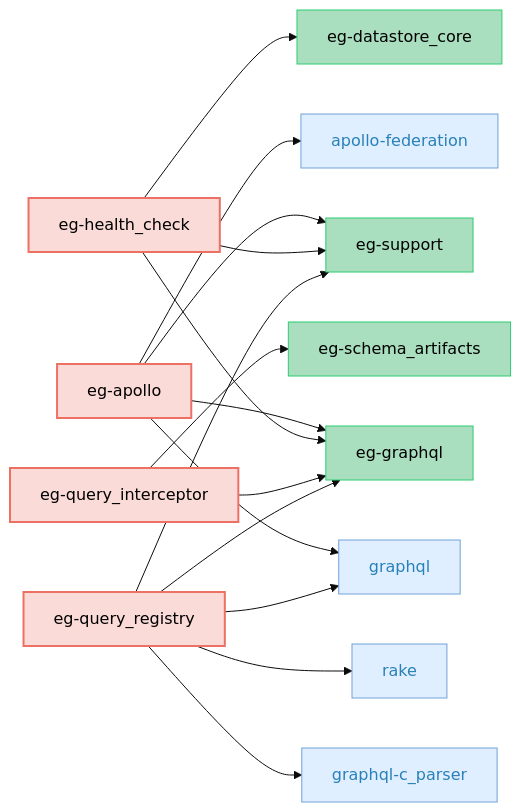
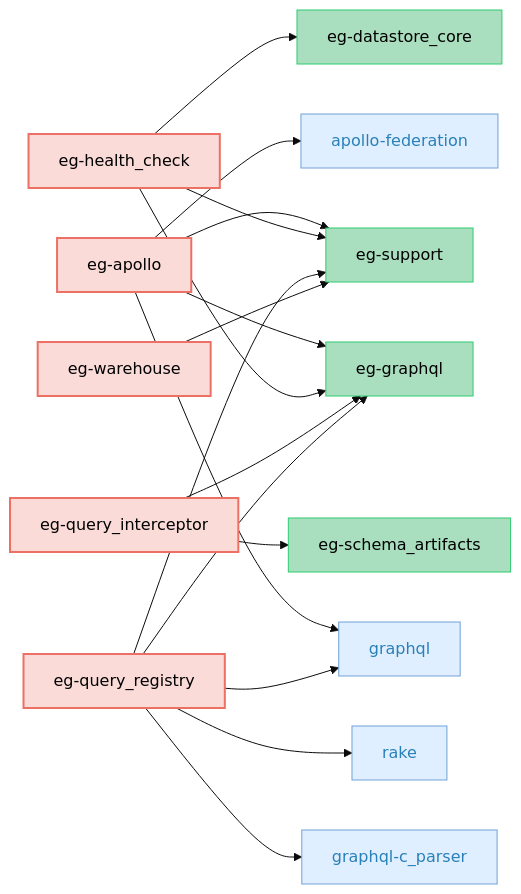
The fourth of 5 diagrams in CODEBASE_OVERVIEW.md (block/elasticgraph), drawn with Mermaid (base theme) before and after one commit. The commit also changed other lines of this file and 9 other files, not shown here.

Commit message:
create new empty gem for the warehouse.

````diff
--- a/CODEBASE_OVERVIEW.md
+++ b/CODEBASE_OVERVIEW.md
@@ -214,48 +215,51 @@
 ```mermaid
 graph LR;
     classDef targetGemStyle fill:#FADBD8,stroke:#EC7063,color:#000,stroke-width:2px;
     classDef otherEgGemStyle fill:#A9DFBF,stroke:#2ECC71,color:#000;
     classDef externalGemCatStyle fill:#E0EFFF,stroke:#70A1D7,color:#2980B9;
     elasticgraph-apollo["eg-apollo"];
     elasticgraph-graphql["eg-graphql"];
     elasticgraph-support["eg-support"];
     graphql["graphql"];
     apollo-federation["apollo-federation"];
     elasticgraph-health_check["eg-health_check"];
     elasticgraph-datastore_core["eg-datastore_core"];
     elasticgraph-query_interceptor["eg-query_interceptor"];
     elasticgraph-schema_artifacts["eg-schema_artifacts"];
     elasticgraph-query_registry["eg-query_registry"];
     graphql-c_parser["graphql-c_parser"];
     rake["rake"];
+    elasticgraph-warehouse["eg-warehouse"];
     elasticgraph-apollo --> elasticgraph-graphql;
     elasticgraph-apollo --> elasticgraph-support;
     elasticgraph-apollo --> graphql;
     elasticgraph-apollo --> apollo-federation;
     elasticgraph-health_check --> elasticgraph-datastore_core;
     elasticgraph-health_check --> elasticgraph-graphql;
     elasticgraph-health_check --> elasticgraph-support;
     elasticgraph-query_interceptor --> elasticgraph-graphql;
     elasticgraph-query_interceptor --> elasticgraph-schema_artifacts;
     elasticgraph-query_registry --> elasticgraph-graphql;
     elasticgraph-query_registry --> elasticgraph-support;
     elasticgraph-query_registry --> graphql;
     elasticgraph-query_registry --> graphql-c_parser;
     elasticgraph-query_registry --> rake;
+    elasticgraph-warehouse --> elasticgraph-support;
     class elasticgraph-apollo targetGemStyle;
     class elasticgraph-graphql otherEgGemStyle;
     class elasticgraph-support otherEgGemStyle;
     class graphql externalGemCatStyle;
     class apollo-federation externalGemCatStyle;
     class elasticgraph-health_check targetGemStyle;
     class elasticgraph-datastore_core otherEgGemStyle;
     class elasticgraph-query_interceptor targetGemStyle;
     class elasticgraph-schema_artifacts otherEgGemStyle;
     class elasticgraph-query_registry targetGemStyle;
     class graphql-c_parser externalGemCatStyle;
     class rake externalGemCatStyle;
+    class elasticgraph-warehouse targetGemStyle;
     click graphql href "https://rubygems.org/gems/graphql" "Open on RubyGems.org" _blank;
     click apollo-federation href "https://rubygems.org/gems/apollo-federation" "Open on RubyGems.org" _blank;
     click graphql-c_parser href "https://rubygems.org/gems/graphql-c_parser" "Open on RubyGems.org" _blank;
     click rake href "https://rubygems.org/gems/rake" "Open on RubyGems.org" _blank;
 ```
````
